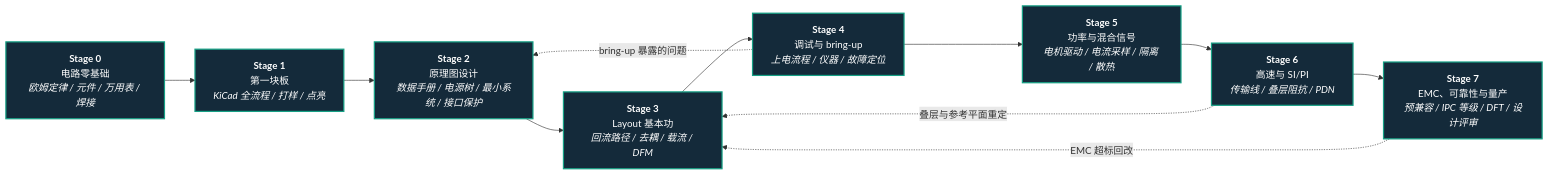
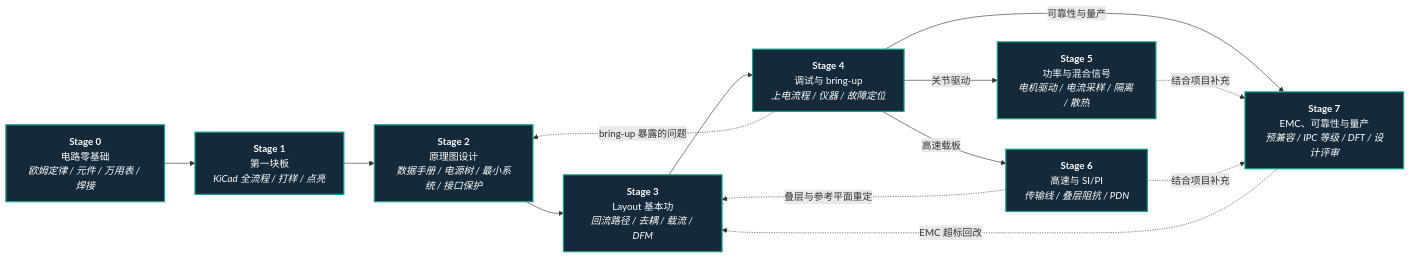
Before and after one commit to ImChong/Robotics_Notebooks: the diagram in roadmap/depth-pcb-design.md, drawn with Mermaid. The commit also changed other lines of this file and 11 other files, not shown here.

Commit message:
docs(roadmap): 修正全路线先修关系与控制概念边界

````diff
--- a/roadmap/depth-pcb-design.md
+++ b/roadmap/depth-pcb-design.md
@@ -11,19 +11,24 @@
 ```mermaid
 flowchart LR
   S0["<b>Stage 0</b><br/>电路零基础<br/><em>欧姆定律 / 元件 / 万用表 / 焊接</em>"]
   S1["<b>Stage 1</b><br/>第一块板<br/><em>KiCad 全流程 / 打样 / 点亮</em>"]
   S2["<b>Stage 2</b><br/>原理图设计<br/><em>数据手册 / 电源树 / 最小系统 / 接口保护</em>"]
   S3["<b>Stage 3</b><br/>Layout 基本功<br/><em>回流路径 / 去耦 / 载流 / DFM</em>"]
   S4["<b>Stage 4</b><br/>调试与 bring-up<br/><em>上电流程 / 仪器 / 故障定位</em>"]
   S5["<b>Stage 5</b><br/>功率与混合信号<br/><em>电机驱动 / 电流采样 / 隔离 / 散热</em>"]
   S6["<b>Stage 6</b><br/>高速与 SI/PI<br/><em>传输线 / 叠层阻抗 / PDN</em>"]
   S7["<b>Stage 7</b><br/>EMC、可靠性与量产<br/><em>预兼容 / IPC 等级 / DFT / 设计评审</em>"]
 
-  S0 --> S1 --> S2 --> S3 --> S4 --> S5 --> S6 --> S7
+  S0 --> S1 --> S2 --> S3 --> S4
+  S4 -->|关节驱动| S5
+  S4 -->|高速载板| S6
+  S4 -->|可靠性与量产| S7
+  S5 -. "结合项目补充" .-> S7
+  S6 -. "结合项目补充" .-> S7
   S4 -.->|bring-up 暴露的问题| S2
   S6 -.->|叠层与参考平面重定| S3
   S7 -.->|EMC 超标回改| S3
 
   classDef stage fill:#142a3a,stroke:#16a085,stroke-width:2px,color:#fff
   class S0,S1,S2,S3,S4,S5,S6,S7 stage
 ```
````
